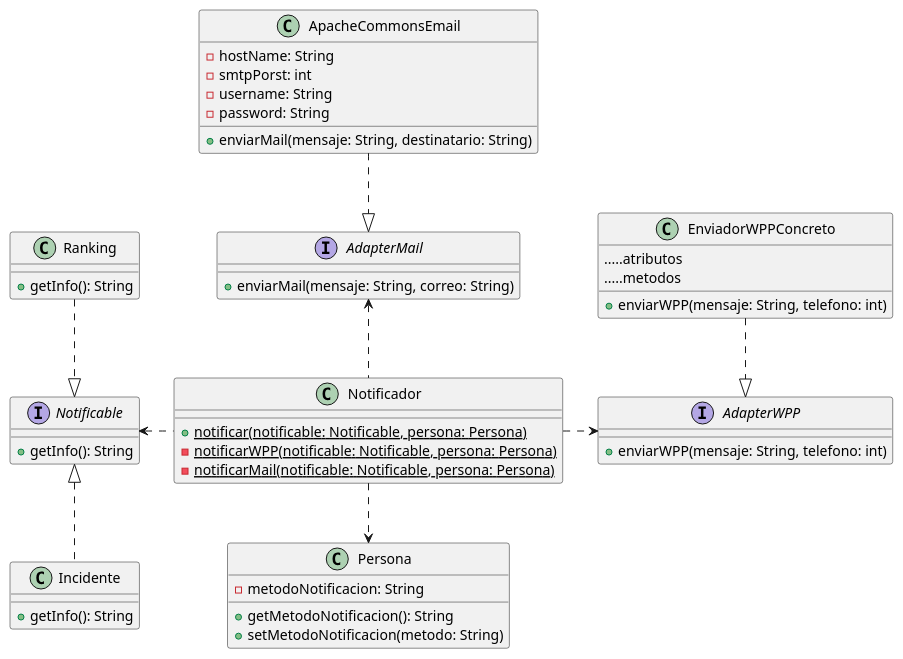
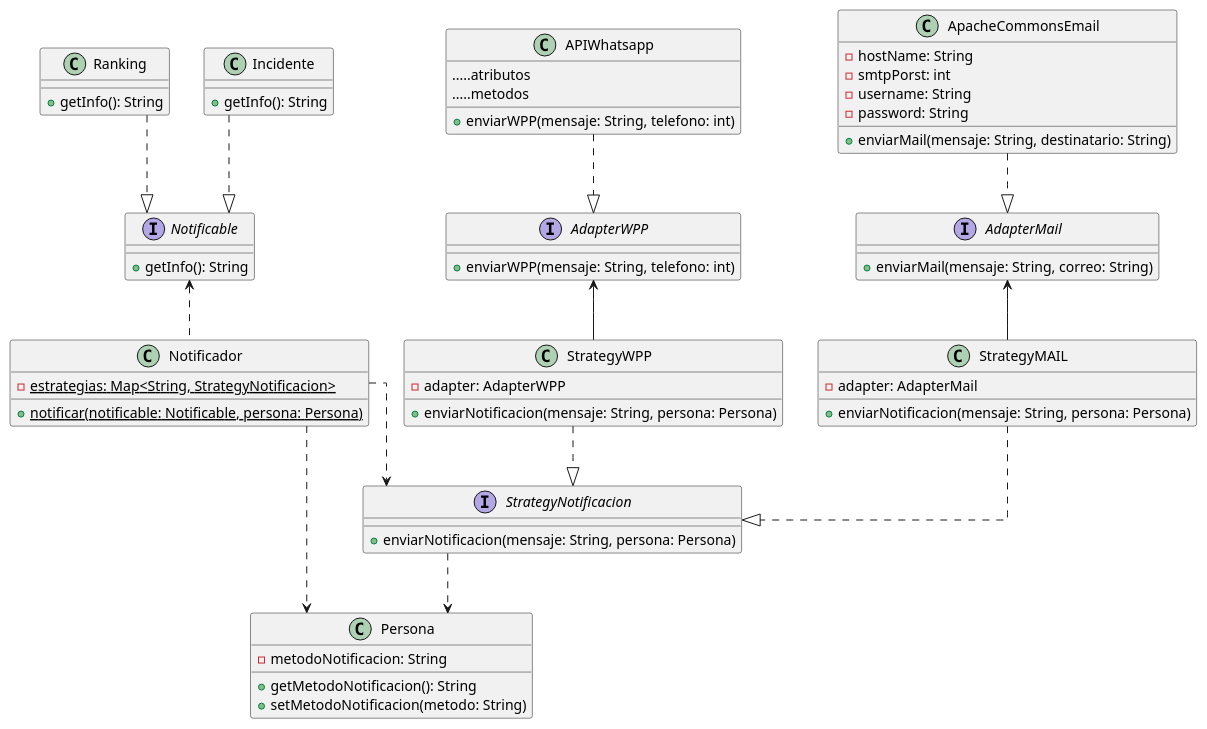
One commit to mbertogliati/dds-tpa changed the diagram in DC/dc-e3-notificador.puml. Above: the diagram before and after it, drawn with PlantUML. The commit also changed 7 other files, not shown here.

```diff
--- a/DC/dc-e3-notificador.puml
+++ b/DC/dc-e3-notificador.puml
@@ -1,60 +1,72 @@
 @startuml
 skinparam linetype ortho
 
 class Persona{
     -metodoNotificacion: String
 
     +getMetodoNotificacion(): String
     +setMetodoNotificacion(metodo: String)
 }
 
 interface Notificable{
     +getInfo(): String
 }
 
 class Ranking{
     +getInfo(): String
 }
 class Incidente{
     +getInfo(): String
 }
-Ranking .down.|> Notificable
-Incidente .up.|> Notificable
+Ranking ..|> Notificable
+Incidente ..|> Notificable
 
 Notificador ..> Persona
-Notificador .left.> Notificable
+Notificador .up.> Notificable
 
 class Notificador{
+    {static}-estrategias: Map<String, StrategyNotificacion>
     {static}+notificar(notificable: Notificable, persona: Persona)
-    {static}-notificarWPP(notificable: Notificable, persona: Persona)
-    {static}-notificarMail(notificable: Notificable, persona: Persona)
 }
-
-Notificador .up.> AdapterMail
-Notificador .right.> AdapterWPP
 
 interface AdapterMail{
     +enviarMail(mensaje: String, correo: String)
 }
+interface StrategyNotificacion{
+    +enviarNotificacion(mensaje: String, persona: Persona)
+}
+Notificador ..> StrategyNotificacion
 
 class ApacheCommonsEmail{
     -hostName: String
     -smtpPorst: int
     -username: String
     -password: String
 
     +enviarMail(mensaje: String, destinatario: String)
 }
 ApacheCommonsEmail ..|> AdapterMail
 
 interface AdapterWPP{
     +enviarWPP(mensaje: String, telefono: int)
 }
-class EnviadorWPPConcreto{
+class StrategyWPP{
+-adapter: AdapterWPP
++enviarNotificacion(mensaje: String, persona: Persona)
+}
+class APIWhatsapp{
     .....atributos
     +enviarWPP(mensaje: String, telefono: int)
     .....metodos
 }
-EnviadorWPPConcreto ..|> AdapterWPP
-
+class StrategyMAIL{
+-adapter: AdapterMail
++enviarNotificacion(mensaje: String, persona: Persona)
+}
+StrategyNotificacion..>Persona
+APIWhatsapp..|>AdapterWPP
+StrategyMAIL ..|> StrategyNotificacion
+StrategyWPP ..|> StrategyNotificacion
+StrategyWPP -up-> AdapterWPP
+StrategyMAIL -up-> AdapterMail
 @enduml
```
